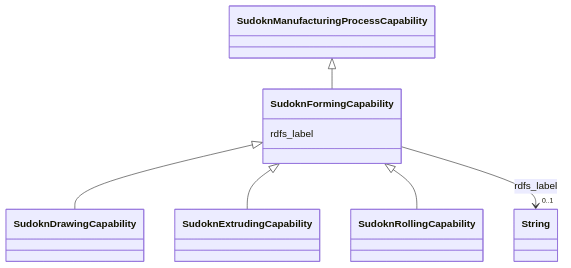
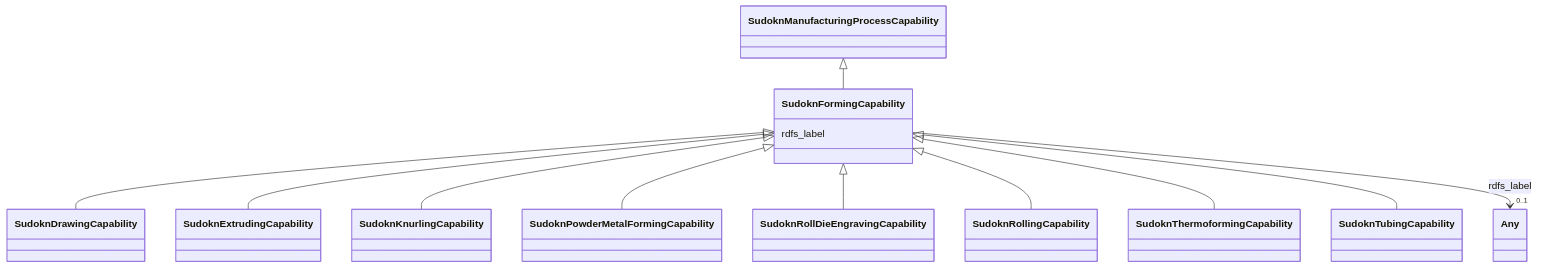
Before and after one commit to frink-okn/graph-descriptions: the diagram in sudokn-kg/classes/SudoknFormingCapability.md, drawn with Mermaid. The commit also changed other lines of this file and 903 other files, not shown here.

````diff
--- a/sudokn-kg/classes/SudoknFormingCapability.md
+++ b/sudokn-kg/classes/SudoknFormingCapability.md
@@ -23,27 +18,37 @@
 ```mermaid
  classDiagram
     class SudoknFormingCapability
     click SudoknFormingCapability href "../SudoknFormingCapability"
       SudoknManufacturingProcessCapability <|-- SudoknFormingCapability
         click SudoknManufacturingProcessCapability href "../SudoknManufacturingProcessCapability"
       
 
       SudoknFormingCapability <|-- SudoknDrawingCapability
         click SudoknDrawingCapability href "../SudoknDrawingCapability"
       SudoknFormingCapability <|-- SudoknExtrudingCapability
         click SudoknExtrudingCapability href "../SudoknExtrudingCapability"
+      SudoknFormingCapability <|-- SudoknKnurlingCapability
+        click SudoknKnurlingCapability href "../SudoknKnurlingCapability"
+      SudoknFormingCapability <|-- SudoknPowderMetalFormingCapability
+        click SudoknPowderMetalFormingCapability href "../SudoknPowderMetalFormingCapability"
+      SudoknFormingCapability <|-- SudoknRollDieEngravingCapability
+        click SudoknRollDieEngravingCapability href "../SudoknRollDieEngravingCapability"
       SudoknFormingCapability <|-- SudoknRollingCapability
         click SudoknRollingCapability href "../SudoknRollingCapability"
+      SudoknFormingCapability <|-- SudoknThermoformingCapability
+        click SudoknThermoformingCapability href "../SudoknThermoformingCapability"
+      SudoknFormingCapability <|-- SudoknTubingCapability
+        click SudoknTubingCapability href "../SudoknTubingCapability"
       
       
       SudoknFormingCapability : rdfs_label
         
           
     
     
-    SudoknFormingCapability --> "0..1" String : rdfs_label
-    click String href "../String"
+    SudoknFormingCapability --> "0..1" Any : rdfs_label
+    click Any href "../Any"
 
         
       
 ```
````
